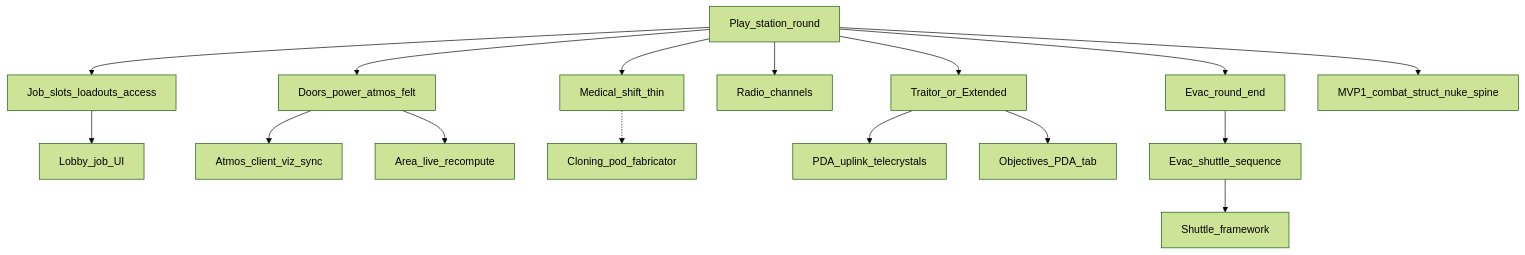
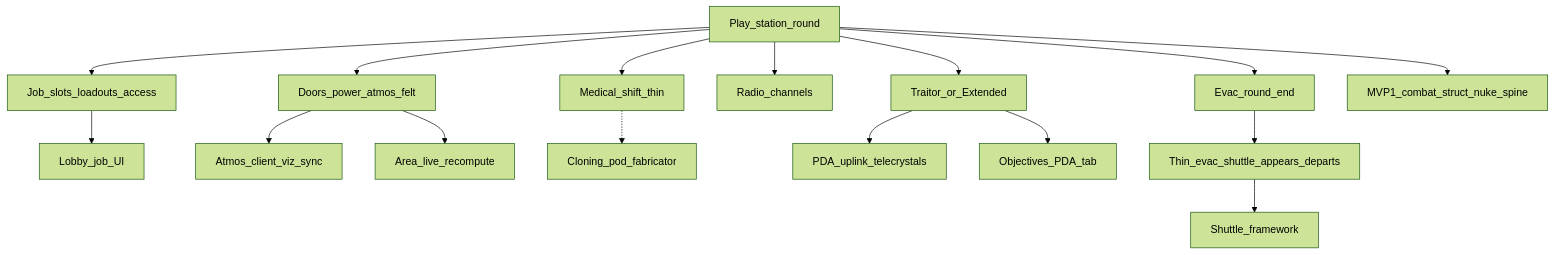
Before and after one commit to henkhooft/SS3D: the diagram in Documents/milestones/mvp2-station-round.md, drawn with Mermaid (forest theme). The commit also changed other lines of this file and 11 other files, not shown here.

````diff
--- a/Documents/milestones/mvp2-station-round.md
+++ b/Documents/milestones/mvp2-station-round.md
@@ -27,32 +29,32 @@
 ```mermaid
 flowchart TB
   mvp2[Play_station_round]
   jobs[Job_slots_loadouts_access]
   lobbyui[Lobby_job_UI]
   station[Doors_power_atmos_felt]
   atmossync[Atmos_client_viz_sync]
   arearecompute[Area_live_recompute]
   med[Medical_shift_thin]
   cloning[Cloning_pod_fabricator]
   comms[Radio_channels]
   traitor[Traitor_or_Extended]
   uplink[PDA_uplink_telecrystals]
   evac[Evac_round_end]
   shuttles[Shuttle_framework]
   mvp1[MVP1_combat_struct_nuke_spine]
   mvp2 --> jobs
   mvp2 --> station
   mvp2 --> med
   mvp2 --> comms
   mvp2 --> traitor
   mvp2 --> evac
   mvp2 --> mvp1
   jobs --> lobbyui
   station --> atmossync
   station --> arearecompute
   med -.-> cloning
   traitor --> objectives[Objectives_PDA_tab]
   traitor --> uplink
-  evac --> shuttleThin[Evac_shuttle_sequence]
+  evac --> shuttleThin[Thin_evac_shuttle_appears_departs]
   shuttleThin --> shuttles
 ```
````
